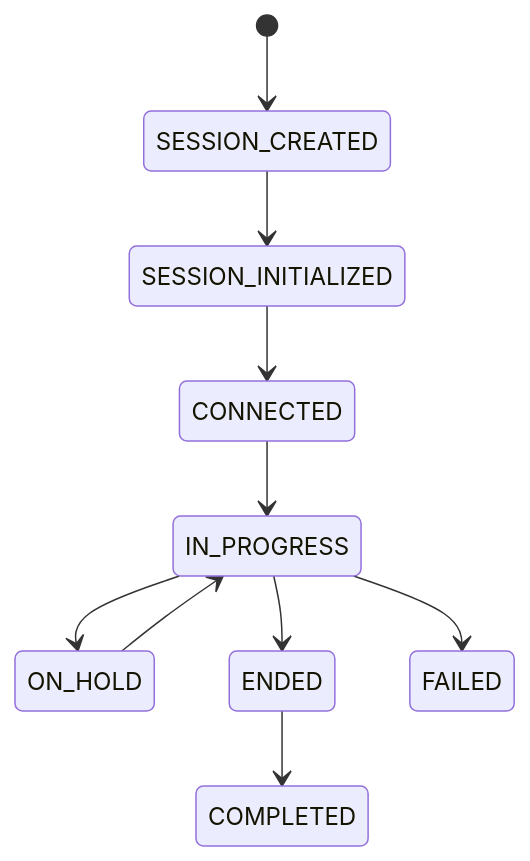
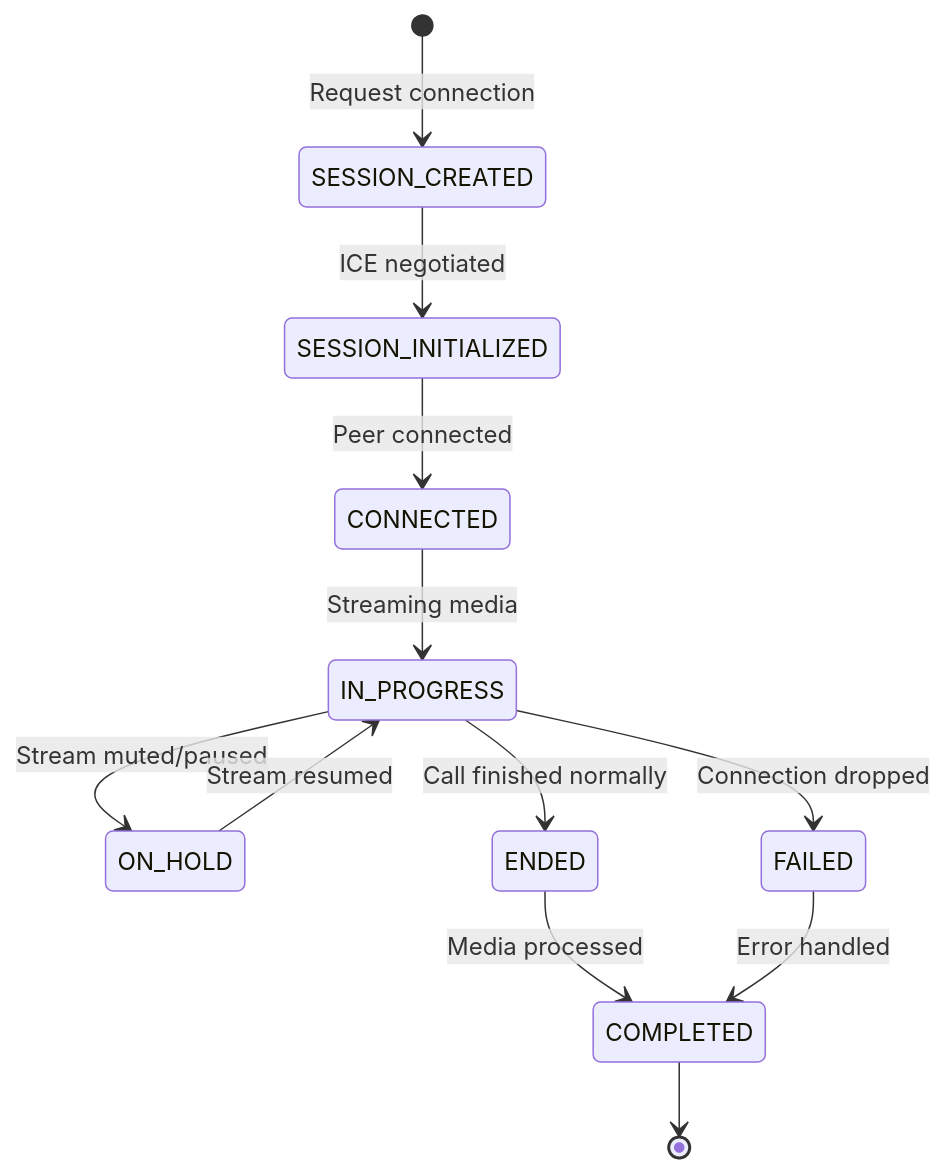
The eighth of 18 diagrams in docs/QuestFlag_Communication_Module_Requirements_v15_FULL_DIAGRAMS.md (questflag/qf-apps), drawn with Mermaid before and after one commit. The commit also changed other lines of this file, not shown here.

````diff
--- a/docs/QuestFlag_Communication_Module_Requirements_v15_FULL_DIAGRAMS.md
+++ b/docs/QuestFlag_Communication_Module_Requirements_v15_FULL_DIAGRAMS.md
@@ -44,12 +273,14 @@
-``` mermaid
+```mermaid
 stateDiagram-v2
-[*] --> SESSION_CREATED
-SESSION_CREATED --> SESSION_INITIALIZED
-SESSION_INITIALIZED --> CONNECTED
-CONNECTED --> IN_PROGRESS
-IN_PROGRESS --> ON_HOLD
-ON_HOLD --> IN_PROGRESS
-IN_PROGRESS --> ENDED
-ENDED --> COMPLETED
-IN_PROGRESS --> FAILED
+    [*] --> SESSION_CREATED: Request connection
+    SESSION_CREATED --> SESSION_INITIALIZED: ICE negotiated
+    SESSION_INITIALIZED --> CONNECTED: Peer connected
+    CONNECTED --> IN_PROGRESS: Streaming media
+    IN_PROGRESS --> ON_HOLD: Stream muted/paused
+    ON_HOLD --> IN_PROGRESS: Stream resumed
+    IN_PROGRESS --> ENDED: Call finished normally
+    IN_PROGRESS --> FAILED: Connection dropped
+    ENDED --> COMPLETED: Media processed
+    FAILED --> COMPLETED: Error handled
+    COMPLETED --> [*]
 ```
````
